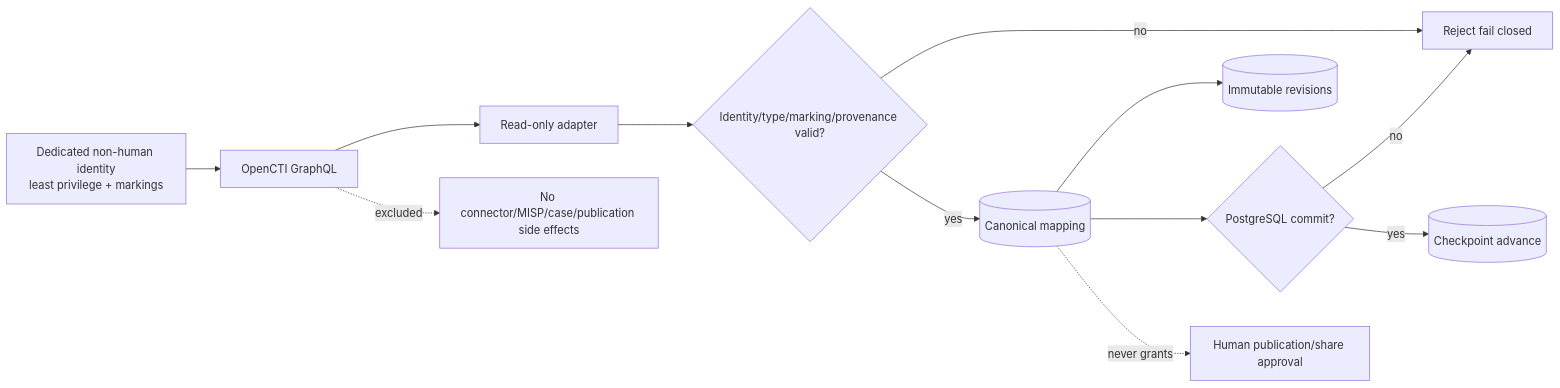
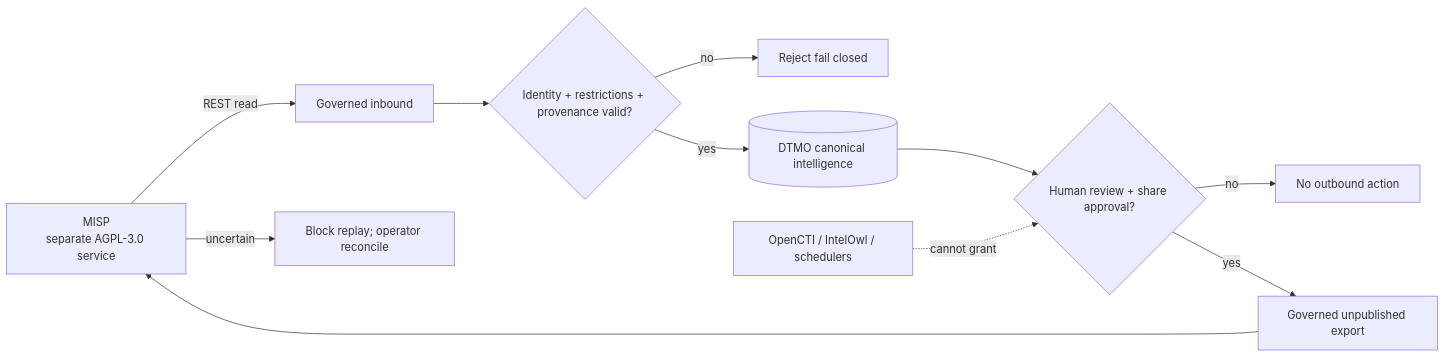
The diagram in docs/README.md (GJvManen/dtmo), drawn with Mermaid before and after one commit. The commit also changed other lines of this file, not shown here.

Commit message:
Advance documentation portal to Phase 11.5

````diff
--- a/docs/README.md
+++ b/docs/README.md
@@ -56,14 +55,13 @@
 ```mermaid
 flowchart LR
-    O[OpenCTI GraphQL] --> A[Read-only adapter]
-    I[Dedicated non-human identity\nleast privilege + markings] --> O
-    A --> V{Identity/type/marking/provenance valid?}
+    M[MISP\nseparate AGPL-3.0 service] -->|REST read| R[Governed inbound]
+    R --> V{Identity + restrictions + provenance valid?}
     V -->|no| X[Reject fail closed]
-    V -->|yes| M[(Canonical mapping)]
-    M --> R[(Immutable revisions)]
-    M --> D{PostgreSQL commit?}
-    D -->|no| X
-    D -->|yes| C[(Checkpoint advance)]
-    M -. never grants .-> S[Human publication/share approval]
-    O -. excluded .-> E[No connector/MISP/case/publication side effects]
+    V -->|yes| D[(DTMO canonical intelligence)]
+    D --> H{Human review + share approval?}
+    H -->|no| N[No outbound action]
+    H -->|yes| E[Governed unpublished export]
+    E --> M
+    M -->|uncertain| U[Block replay; operator reconcile]
+    O[OpenCTI / IntelOwl / schedulers] -. cannot grant .-> H
 ```
````
